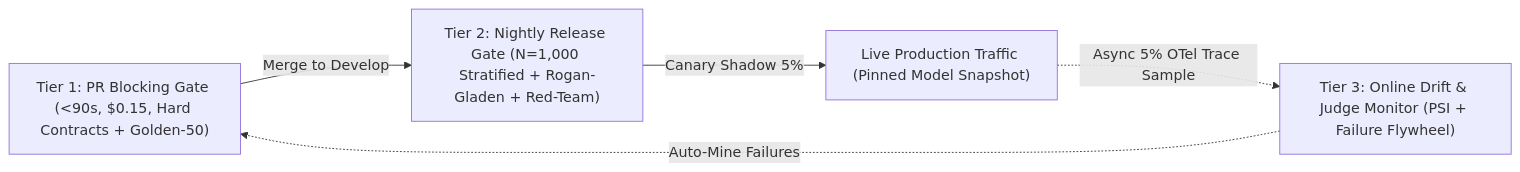
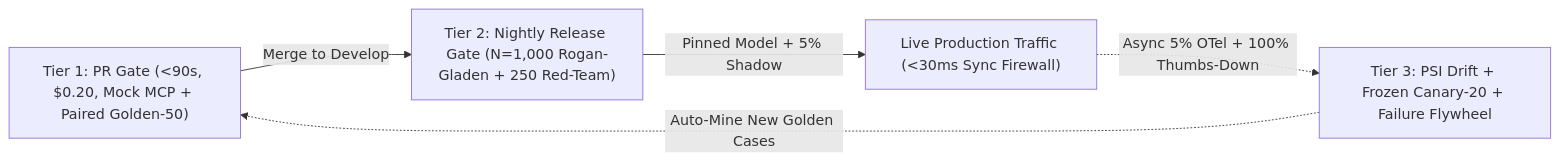
The diagram in knowledgebase/06-ai-engineering-qa-focused/10-production-ai-ci-gates-and-shadow-drift-monitoring.md (manjunathk833/codingforinterviews), drawn with Mermaid before and after one commit. The commit also changed other lines of this file and 55 other files, not shown here.

````diff
--- a/knowledgebase/06-ai-engineering-qa-focused/10-production-ai-ci-gates-and-shadow-drift-monitoring.md
+++ b/knowledgebase/06-ai-engineering-qa-focused/10-production-ai-ci-gates-and-shadow-drift-monitoring.md
@@ -68,7 +109,7 @@
 ```mermaid
 flowchart LR
-  PR["Tier 1: PR Blocking Gate (<90s, $0.15, Hard Contracts + Golden-50)"] -->|Merge to Develop| Night["Tier 2: Nightly Release Gate (N=1,000 Stratified + Rogan-Gladen + Red-Team)"]
-  Night -->|Canary Shadow 5%| Prod["Live Production Traffic (Pinned Model Snapshot)"]
-  Prod -.->|Async 5% OTel Trace Sample| Tier3["Tier 3: Online Drift & Judge Monitor (PSI + Failure Flywheel)"]
-  Tier3 -.->|Auto-Mine Failures| PR
+  PR["Tier 1: PR Gate (<90s, $0.20, Mock MCP + Paired Golden-50)"] -->|Merge to Develop| Night["Tier 2: Nightly Release Gate (N=1,000 Rogan-Gladen + 250 Red-Team)"]
+  Night -->|Pinned Model + 5% Shadow| Prod["Live Production Traffic (<30ms Sync Firewall)"]
+  Prod -.->|Async 5% OTel + 100% Thumbs-Down| Tier3["Tier 3: PSI Drift + Frozen Canary-20 + Failure Flywheel"]
+  Tier3 -.->|Auto-Mine New Golden Cases| PR
 ```
````
